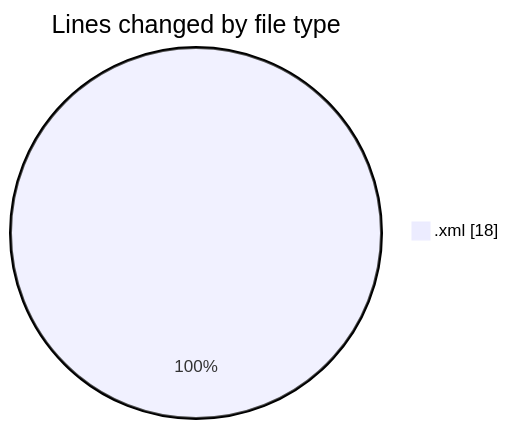
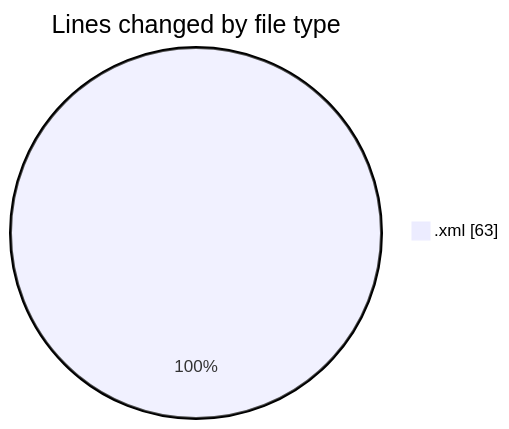
One commit to charlie-sans/code-tracking changed the first of 2 diagrams in 2025-03-07/macroeditor/README.md. Above: the diagram before and after it, drawn with Mermaid. The commit also changed other lines of this file and 1 other file, not shown here.

````diff
--- a/2025-03-07/macroeditor/README.md
+++ b/2025-03-07/macroeditor/README.md
@@ -20,5 +20,5 @@
 ```mermaid
 pie showData
 title Lines changed by file type
-".xml" : 18
+".xml" : 63
 ```
````
